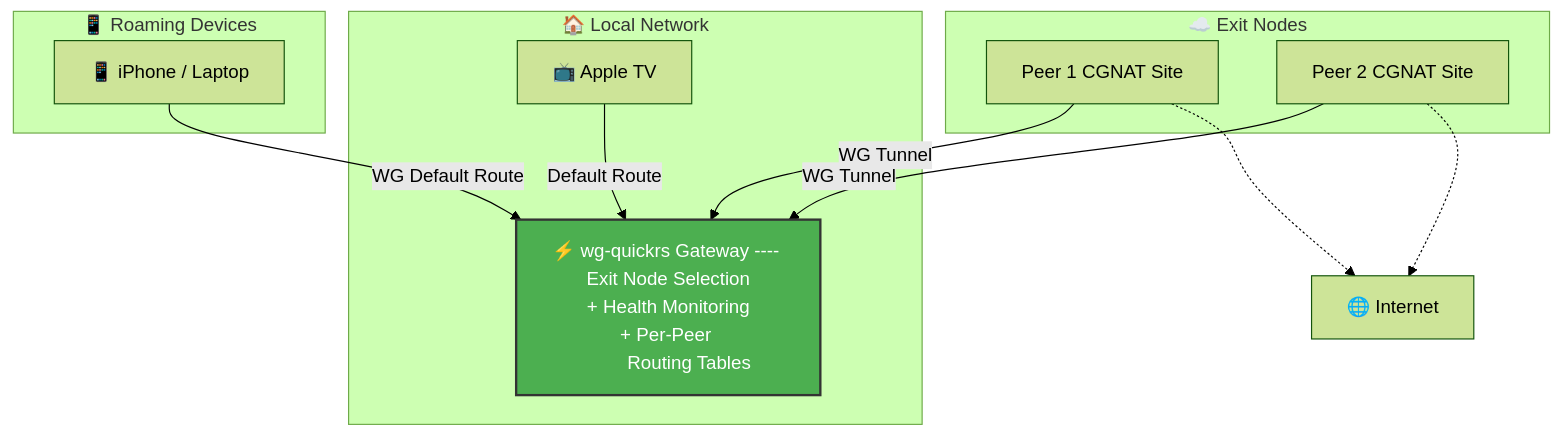
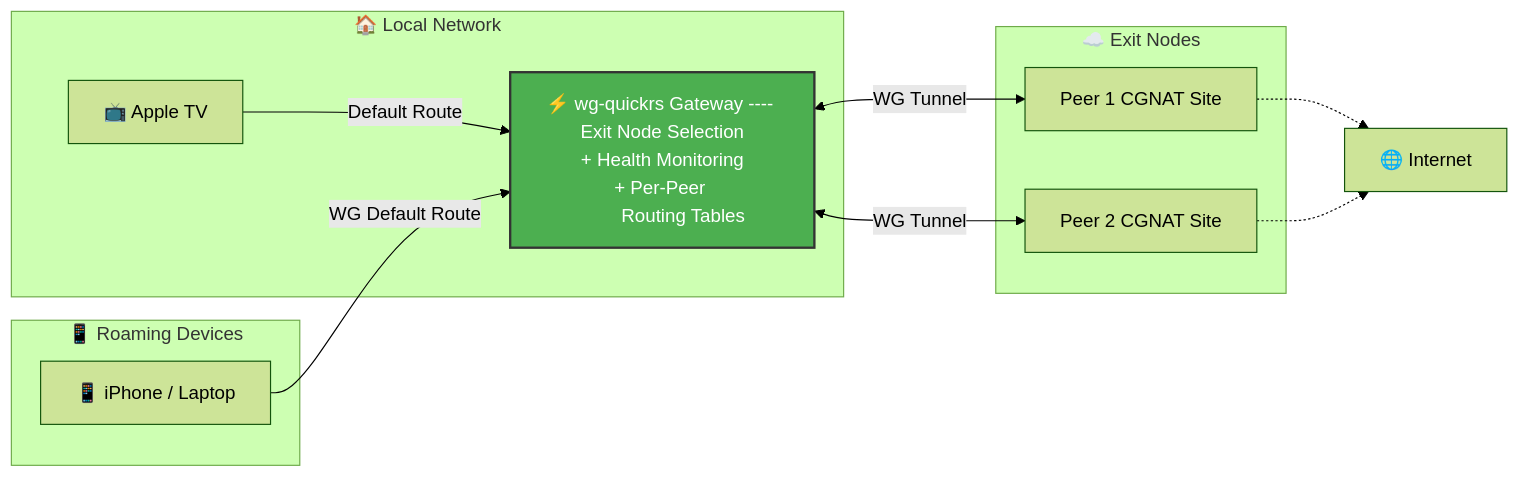
One commit to grizzy255/wg-quickrs-router changed the diagram in README.md. Above: the diagram before and after it, drawn with Mermaid (forest theme).

Commit message:
fix: Remove HTML tags from mermaid diagram for GitHub compatibility

````diff
--- a/README.md
+++ b/README.md
@@ -33,30 +33,30 @@
 ```mermaid
-flowchart TD
+flowchart LR
     subgraph LAN ["🏠 Local Network"]
         ATV["📺 Apple TV"]
         Gateway["⚡ wg-quickrs Gateway ---- Exit Node Selection\n+ Health Monitoring\n+ Per-Peer 
         Routing Tables"]
     end
 
     subgraph Roaming ["📱 Roaming Devices"]
         iPhone["📱 iPhone / Laptop"]
     end
 
     subgraph Remote ["☁️ Exit Nodes"]
         Remote1["Peer 1 CGNAT Site"]
         Remote2["Peer 2 CGNAT Site"]
     end
 
     World["🌐 Internet"]
 
     ATV -->|Default Route| Gateway
     iPhone -->|WG Default Route| Gateway
     
-    Remote1 -->|WG Tunnel| Gateway
-    Remote2 -->|WG Tunnel| Gateway
+    Gateway <-->|WG Tunnel| Remote1
+    Gateway <-->|WG Tunnel| Remote2
     
     Remote1 -.-> World
     Remote2 -.-> World
 
     style Gateway fill:#4CAF50,stroke:#333,stroke-width:2px,color:#fff
 ```
````
